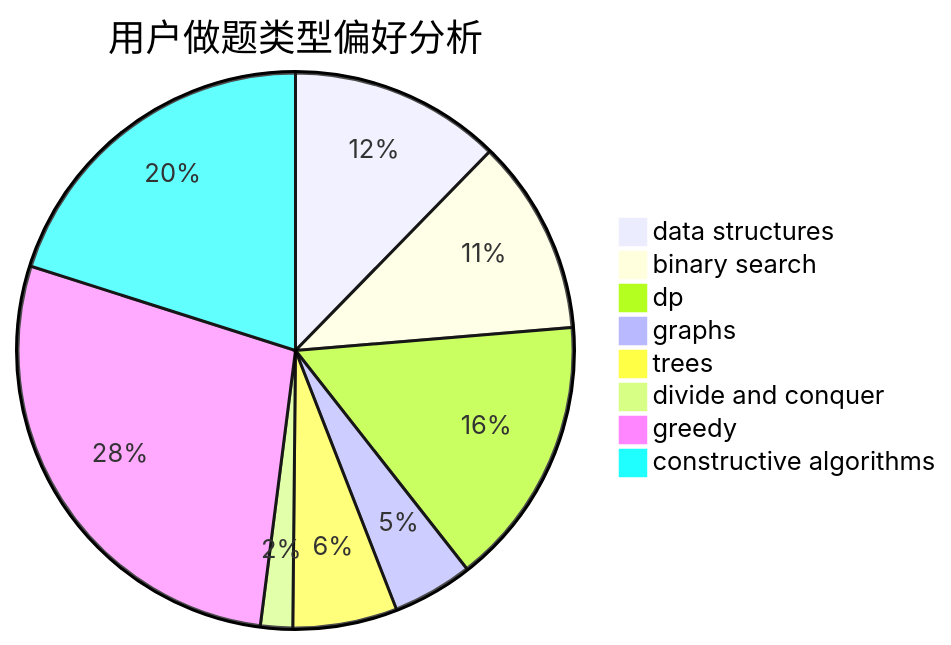
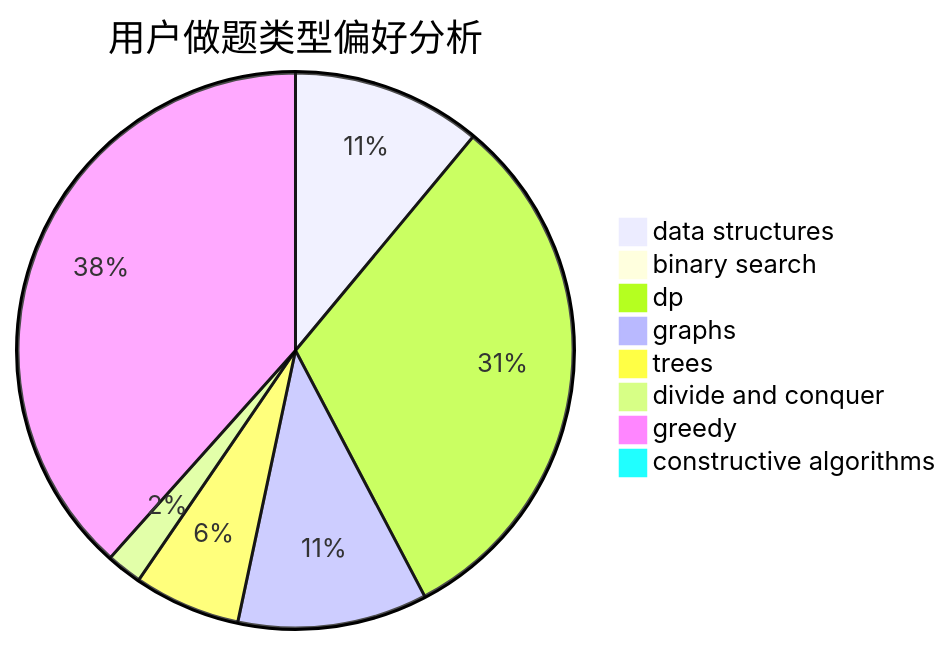
Before and after one commit to sherpahu/cfrs.github.io: the second of 3 diagrams in docs/user/u999.md, drawn with Mermaid. The commit also changed other lines of this file and 2770 other files, not shown here.

````diff
--- a/docs/user/u999.md
+++ b/docs/user/u999.md
@@ -23,11 +23,11 @@
 ```mermaid
 pie title 用户做题类型偏好分析
-    "data structures" :  79
-    "binary search" :  73
-    "dp" :  101
-    "graphs" :  30
-    "trees" :  39
-    "divide and conquer" :  12
-    "greedy" :  179
-    "constructive algorithms" :  129
+    "data structures" :  48
+    "binary search" :  3
+    "dp" :  136
+    "graphs" :  48
+    "trees" :  27
+    "divide and conquer" :  9
+    "greedy" :  167
+    "constructive algorithms" :  4
 ```
````
